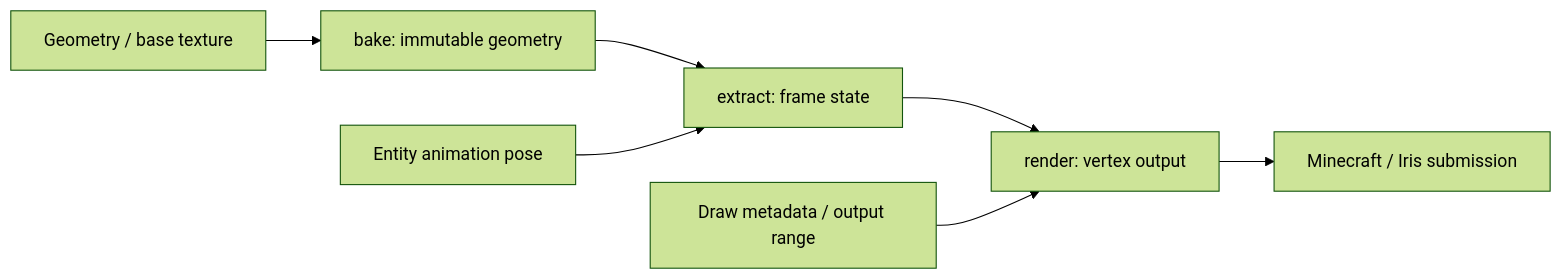
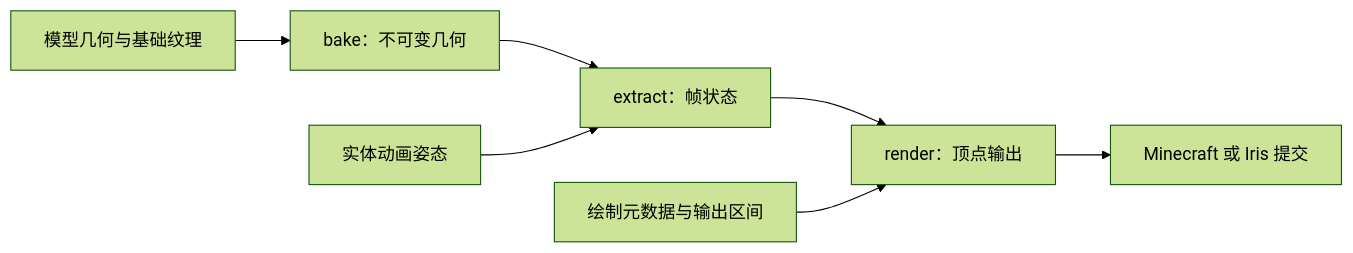
The diagram in docs/architecture/rendering/overview.md (YesSteveModel/YesSteveModel), drawn with Mermaid (forest theme) before and after one commit. The commit also changed other lines of this file and 1109 other files, not shown here.

````diff
--- a/docs/architecture/rendering/overview.md
+++ b/docs/architecture/rendering/overview.md
@@ -30,9 +30,9 @@
 ```mermaid
 flowchart LR
-    Content["Geometry / base texture"] --> Bake["bake: immutable geometry"]
-    Bake --> Extract["extract: frame state"]
-    Pose["Entity animation pose"] --> Extract
-    Extract --> Render["render: vertex output"]
-    Context["Draw metadata / output range"] --> Render
-    Render --> Host["Minecraft / Iris submission"]
+    Content["模型几何与基础纹理"] --> Bake["bake：不可变几何"]
+    Bake --> Extract["extract：帧状态"]
+    Pose["实体动画姿态"] --> Extract
+    Extract --> Render["render：顶点输出"]
+    Context["绘制元数据与输出区间"] --> Render
+    Render --> Host["Minecraft 或 Iris 提交"]
 ```
````
